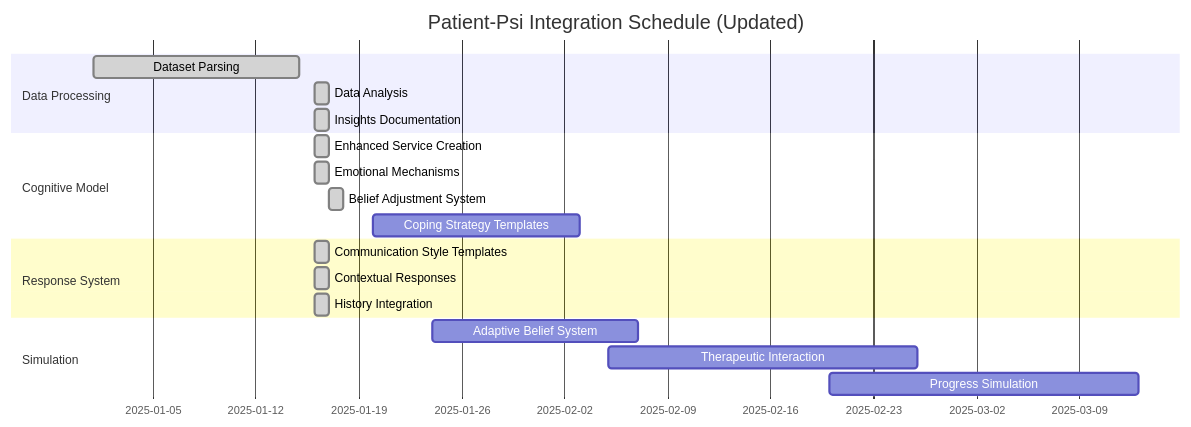
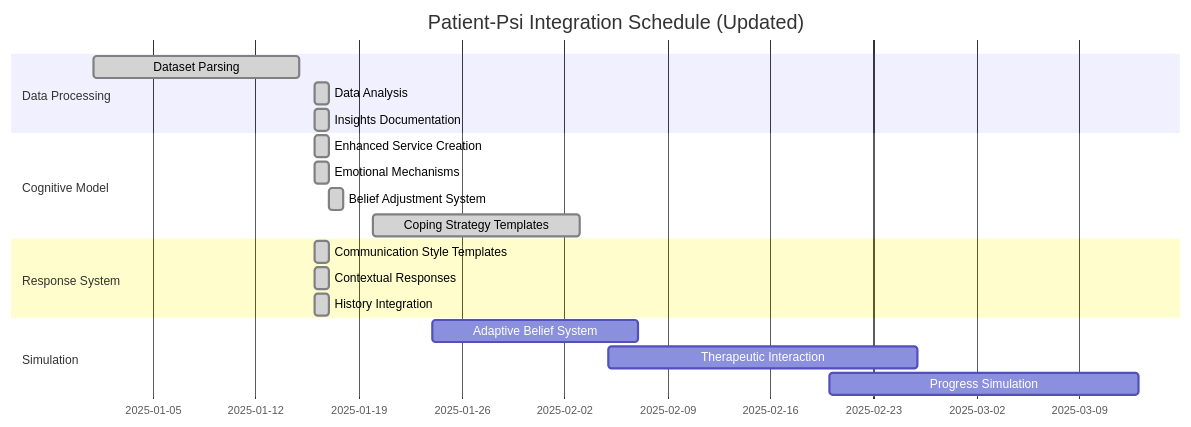
The diagram in .notes/completed/patient-psi-plan.md (nochadisfaction/pixel), drawn with Mermaid before and after one commit. The commit also changed other lines of this file and 19 other files, not shown here.

````diff
--- a/.notes/completed/patient-psi-plan.md
+++ b/.notes/completed/patient-psi-plan.md
@@ -183,22 +183,22 @@
 ```mermaid
 gantt
     title Patient-Psi Integration Schedule (Updated)
     dateFormat YYYY-MM-DD
     section Data Processing
     Dataset Parsing                  :done,    2025-01-01, 14d
     Data Analysis                    :done,    2025-01-16, 1d
     Insights Documentation           :done,    2025-01-16, 1d
     section Cognitive Model
     Enhanced Service Creation        :done,    2025-01-16, 1d
     Emotional Mechanisms             :done,    2025-01-16, 1d
     Belief Adjustment System         :done,    2025-01-17, 1d
-    Coping Strategy Templates        :         2025-01-20, 14d
+    Coping Strategy Templates        :done,    2025-01-20, 14d
     section Response System
     Communication Style Templates    :done,    2025-01-16, 1d
     Contextual Responses             :done,    2025-01-16, 1d
     History Integration              :done,    2025-01-16, 1d
     section Simulation
     Adaptive Belief System           :         2025-01-24, 14d
     Therapeutic Interaction          :         2025-02-05, 21d
     Progress Simulation              :         2025-02-20, 21d
 ```
````
